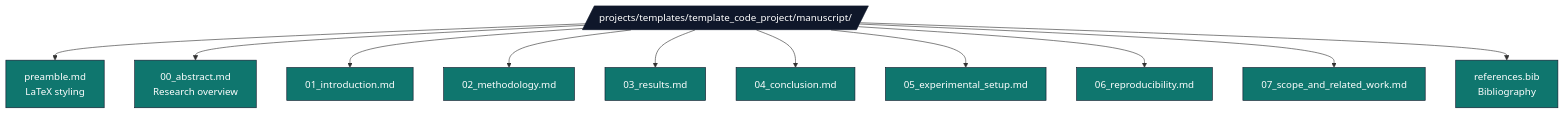
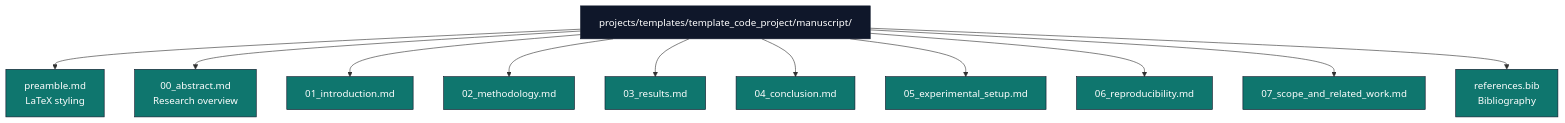
Before and after one commit to docxology/template: the diagram in docs/guides/getting-started.md, drawn with Mermaid. The commit also changed 94 other files, not shown here.

````diff
--- a/docs/guides/getting-started.md
+++ b/docs/guides/getting-started.md
@@ -106,19 +106,19 @@
 ```mermaid
 flowchart TB
-    M[/projects/templates/template_code_project/manuscript//]
+    M[projects/templates/template_code_project/manuscript/]
     M --> PRE[preamble.md<br/>LaTeX styling]
     M --> ABS[00_abstract.md<br/>Research overview]
     M --> INTRO[01_introduction.md]
     M --> METH[02_methodology.md]
     M --> RES[03_results.md]
     M --> CONC[04_conclusion.md]
     M --> EXP[05_experimental_setup.md]
     M --> REP[06_reproducibility.md]
     M --> SCOPE[07_scope_and_related_work.md]
     M --> BIB[references.bib<br/>Bibliography]
 
     classDef d fill:#0f172a,stroke:#0f172a,color:#fff
     classDef f fill:#0f766e,stroke:#0f172a,color:#fff
     class M d
     class PRE,ABS,INTRO,METH,RES,CONC,EXP,REP,SCOPE,BIB f
 ```
````
